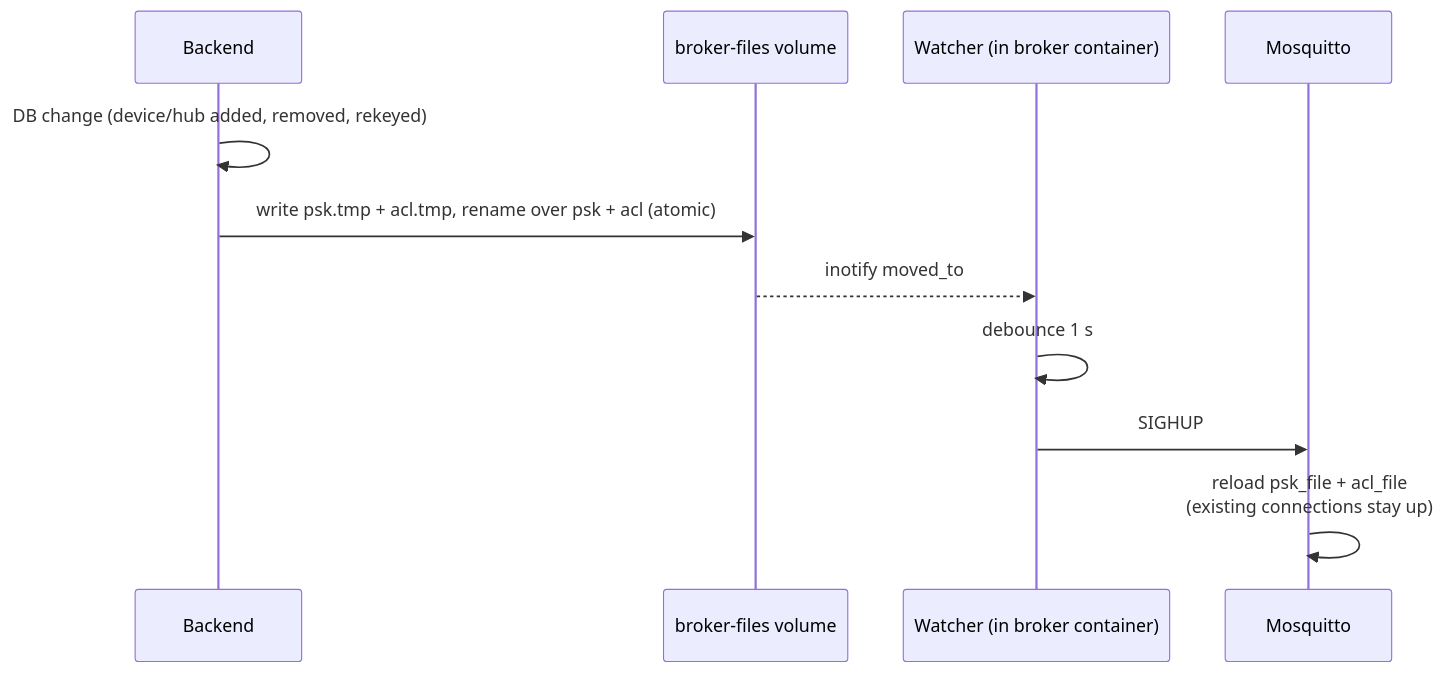
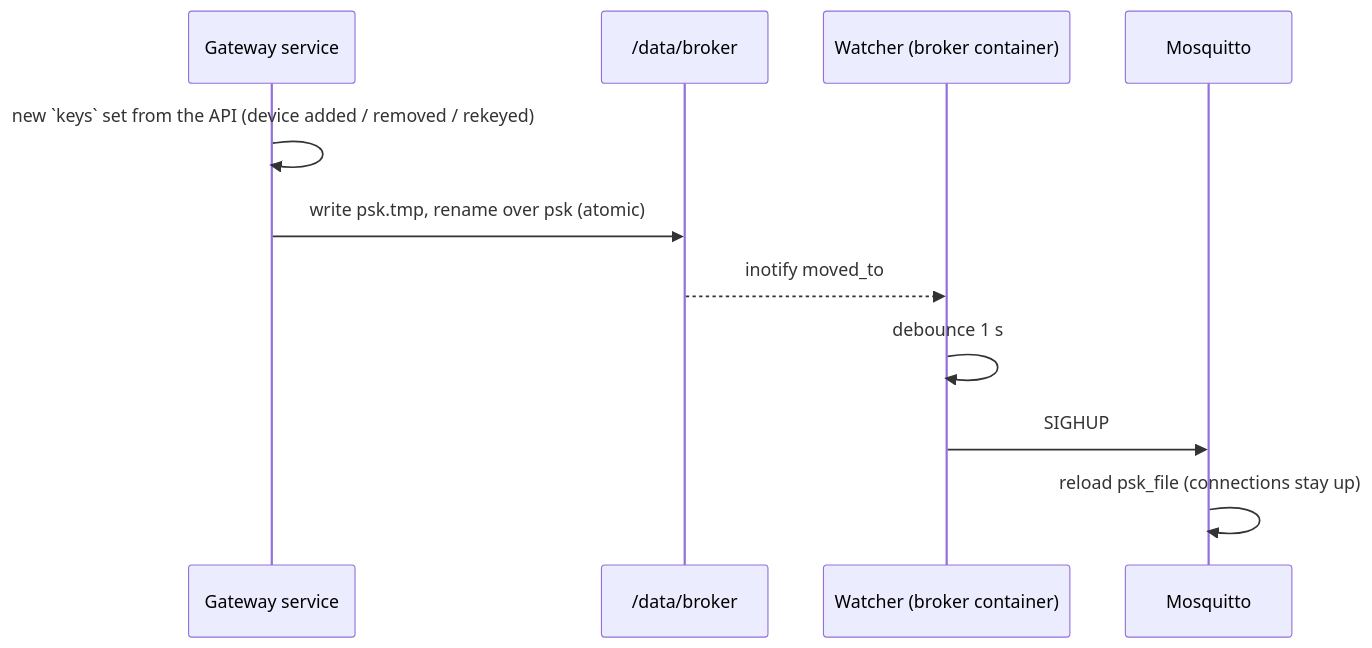
One commit to Hansom17/MoistureController changed the second of 2 diagrams in broker/Broker_Specs.md. Above: the diagram before and after it, drawn with Mermaid. The commit also changed other lines of this file and 86 other files, not shown here.

First line of the commit message:
Switch plans to gateway + central API (v2) and remove obsolete v1 code

````diff
--- a/broker/Broker_Specs.md
+++ b/broker/Broker_Specs.md
@@ -163,14 +122,14 @@
 ```mermaid
 sequenceDiagram
-    participant BE as Backend
-    participant V as broker-files volume
-    participant W as Watcher (in broker container)
+    participant HS as Gateway service
+    participant V as /data/broker
+    participant W as Watcher (broker container)
     participant M as Mosquitto
 
-    BE->>BE: DB change (device/hub added, removed, rekeyed)
-    BE->>V: write psk.tmp + acl.tmp, rename over psk + acl (atomic)
+    HS->>HS: new `keys` set from the API (device added / removed / rekeyed)
+    HS->>V: write psk.tmp, rename over psk (atomic)
     V-->>W: inotify moved_to
     W->>W: debounce 1 s
     W->>M: SIGHUP
-    M->>M: reload psk_file + acl_file<br/>(existing connections stay up)
+    M->>M: reload psk_file (connections stay up)
 ```
````
